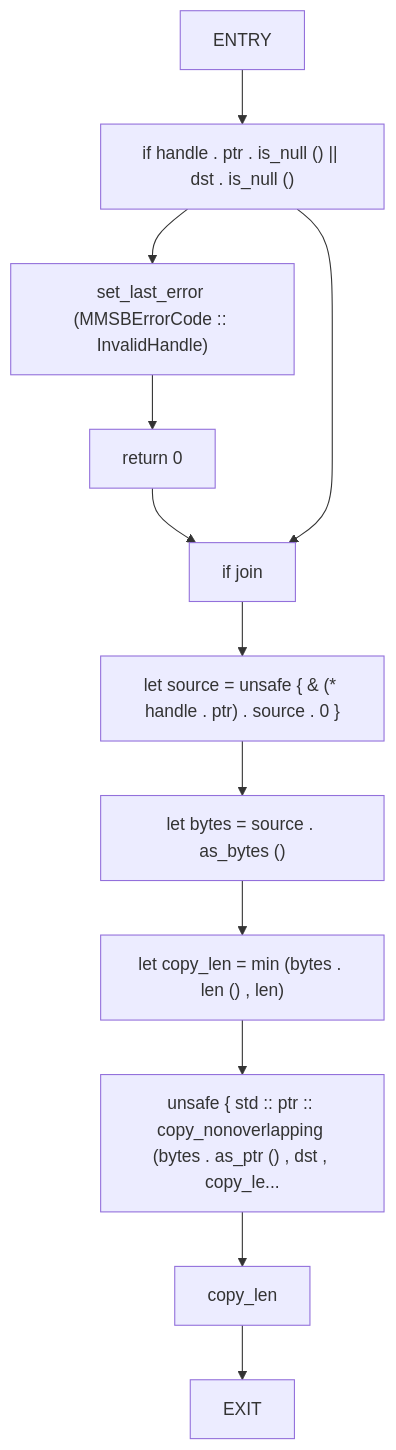
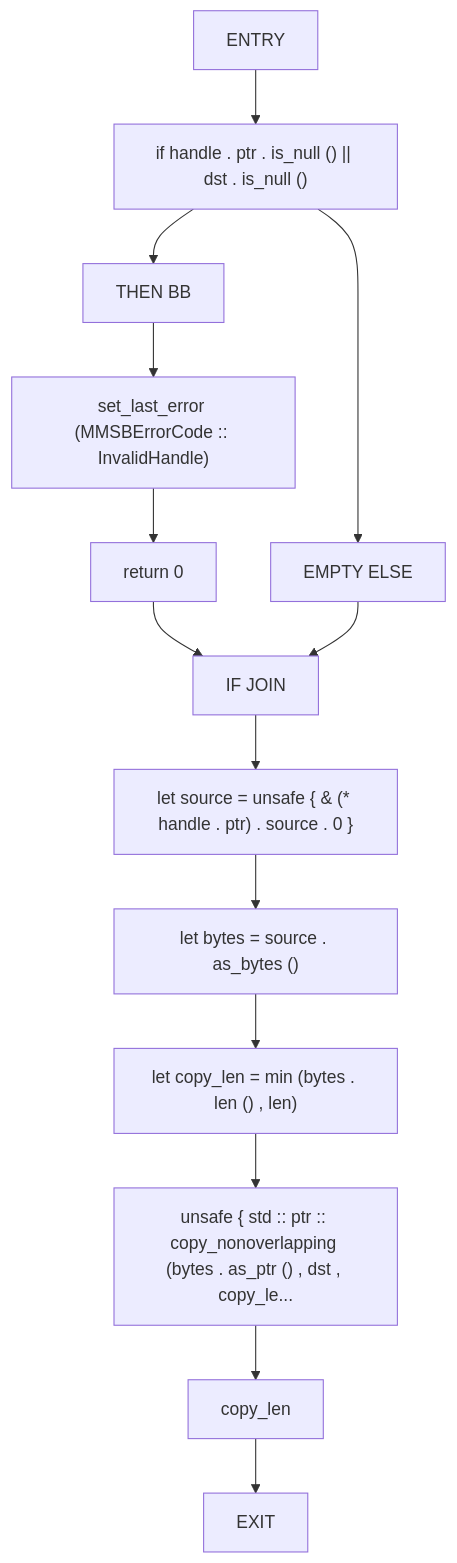
Before and after one commit to cicero-violate/MMSB: diagram 18 of 56 in docs/analysis/cfg/080-src-ffi_rs.md, drawn with Mermaid. The commit also changed other lines of this file and 865 other files, not shown here.

````diff
--- a/docs/analysis/cfg/080-src-ffi_rs.md
+++ b/docs/analysis/cfg/080-src-ffi_rs.md
@@ -630,25 +638,29 @@
 ```mermaid
 flowchart TD
     mmsb_delta_copy_source_0["ENTRY"]
     mmsb_delta_copy_source_1["if handle . ptr . is_null () || dst . is_null ()"]
-    mmsb_delta_copy_source_2["set_last_error (MMSBErrorCode :: InvalidHandle)"]
-    mmsb_delta_copy_source_3["return 0"]
-    mmsb_delta_copy_source_4["if join"]
-    mmsb_delta_copy_source_5["let source = unsafe { & (* handle . ptr) . source . 0 }"]
-    mmsb_delta_copy_source_6["let bytes = source . as_bytes ()"]
-    mmsb_delta_copy_source_7["let copy_len = min (bytes . len () , len)"]
-    mmsb_delta_copy_source_8["unsafe { std :: ptr :: copy_nonoverlapping (bytes . as_ptr () , dst , copy_le..."]
-    mmsb_delta_copy_source_9["copy_len"]
-    mmsb_delta_copy_source_10["EXIT"]
+    mmsb_delta_copy_source_2["THEN BB"]
+    mmsb_delta_copy_source_3["set_last_error (MMSBErrorCode :: InvalidHandle)"]
+    mmsb_delta_copy_source_4["return 0"]
+    mmsb_delta_copy_source_5["EMPTY ELSE"]
+    mmsb_delta_copy_source_6["IF JOIN"]
+    mmsb_delta_copy_source_7["let source = unsafe { & (* handle . ptr) . source . 0 }"]
+    mmsb_delta_copy_source_8["let bytes = source . as_bytes ()"]
+    mmsb_delta_copy_source_9["let copy_len = min (bytes . len () , len)"]
+    mmsb_delta_copy_source_10["unsafe { std :: ptr :: copy_nonoverlapping (bytes . as_ptr () , dst , copy_le..."]
+    mmsb_delta_copy_source_11["copy_len"]
+    mmsb_delta_copy_source_12["EXIT"]
     mmsb_delta_copy_source_0 --> mmsb_delta_copy_source_1
     mmsb_delta_copy_source_1 --> mmsb_delta_copy_source_2
     mmsb_delta_copy_source_2 --> mmsb_delta_copy_source_3
     mmsb_delta_copy_source_3 --> mmsb_delta_copy_source_4
-    mmsb_delta_copy_source_1 --> mmsb_delta_copy_source_4
-    mmsb_delta_copy_source_4 --> mmsb_delta_copy_source_5
+    mmsb_delta_copy_source_1 --> mmsb_delta_copy_source_5
+    mmsb_delta_copy_source_4 --> mmsb_delta_copy_source_6
     mmsb_delta_copy_source_5 --> mmsb_delta_copy_source_6
     mmsb_delta_copy_source_6 --> mmsb_delta_copy_source_7
     mmsb_delta_copy_source_7 --> mmsb_delta_copy_source_8
     mmsb_delta_copy_source_8 --> mmsb_delta_copy_source_9
     mmsb_delta_copy_source_9 --> mmsb_delta_copy_source_10
+    mmsb_delta_copy_source_10 --> mmsb_delta_copy_source_11
+    mmsb_delta_copy_source_11 --> mmsb_delta_copy_source_12
 ```
````
